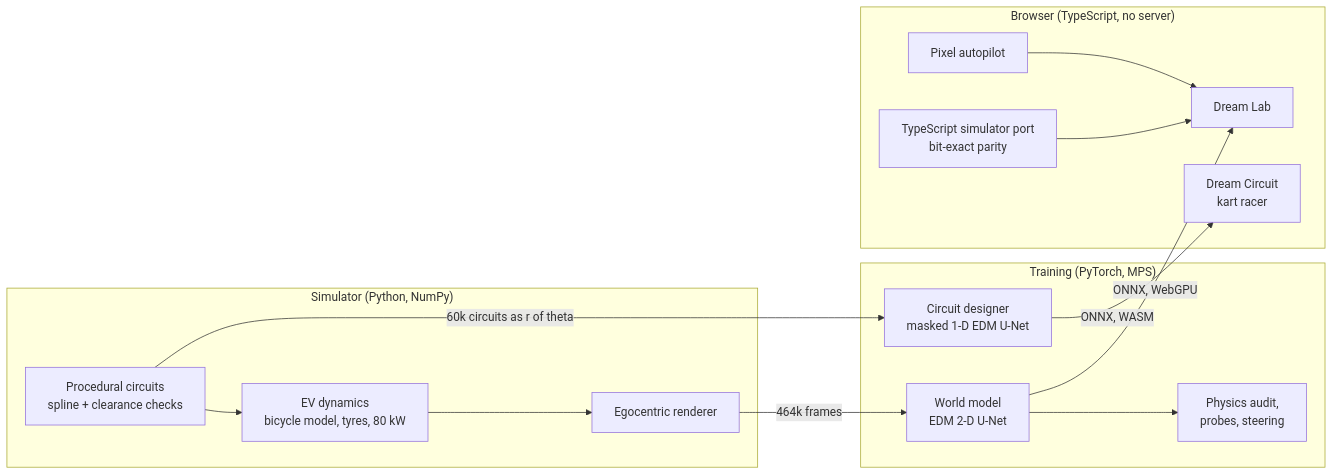
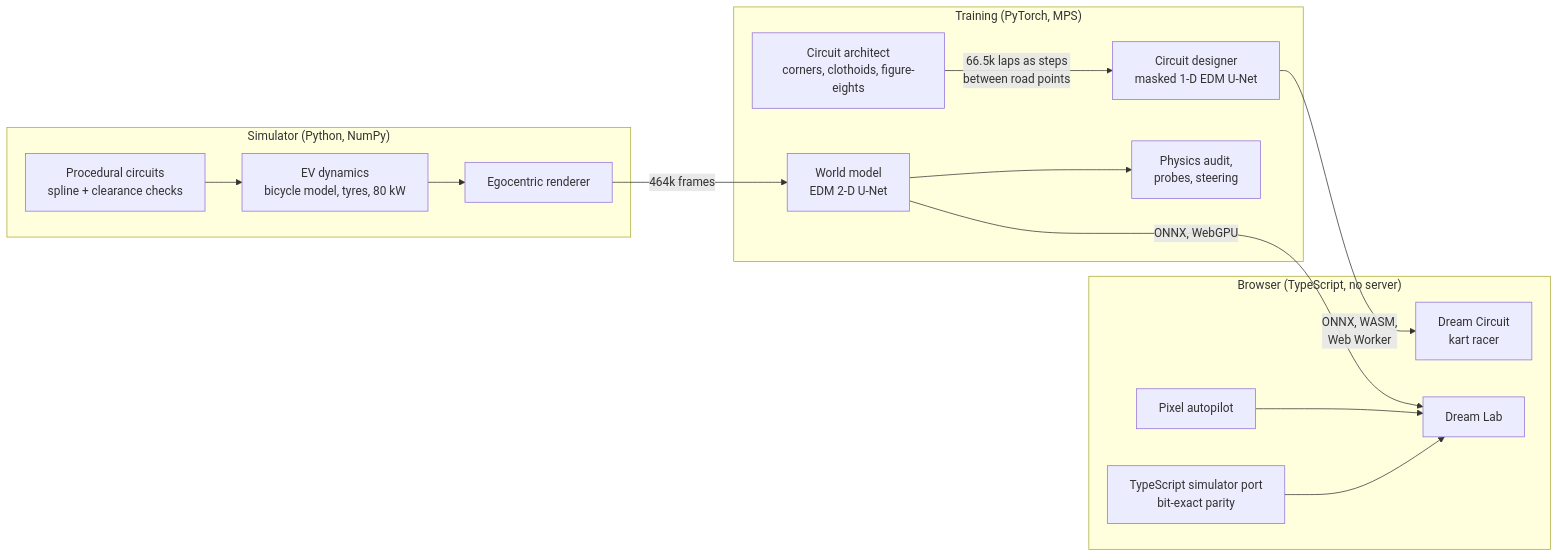
The diagram in README.md (nilaypilaydesai/dreamcircuit), drawn with Mermaid before and after one commit. The commit also changed other lines of this file and 39 other files, not shown here.

````diff
--- a/README.md
+++ b/README.md
@@ -175,18 +195,18 @@
 ```mermaid
 flowchart LR
     subgraph Sim["Simulator (Python, NumPy)"]
         T[Procedural circuits<br/>spline + clearance checks] --> S[EV dynamics<br/>bicycle model, tyres, 80 kW]
         S --> R[Egocentric renderer]
     end
     subgraph Train["Training (PyTorch, MPS)"]
-        T -->|60k circuits as r of theta| TG[Circuit designer<br/>masked 1-D EDM U-Net]
+        AR[Circuit architect<br/>corners, clothoids, figure-eights] -->|66.5k laps as steps<br/>between road points| TG[Circuit designer<br/>masked 1-D EDM U-Net]
         R -->|464k frames| W[World model<br/>EDM 2-D U-Net]
         W --> A[Physics audit,<br/>probes, steering]
     end
     subgraph Browser["Browser (TypeScript, no server)"]
-        TG -->|ONNX, WASM| G[Dream Circuit<br/>kart racer]
+        TG -->|ONNX, WASM,<br/>Web Worker| G[Dream Circuit<br/>kart racer]
         W -->|ONNX, WebGPU| L[Dream Lab]
         P[Pixel autopilot] --> L
         TS[TypeScript simulator port<br/>bit-exact parity] --> L
     end
 ```
````
